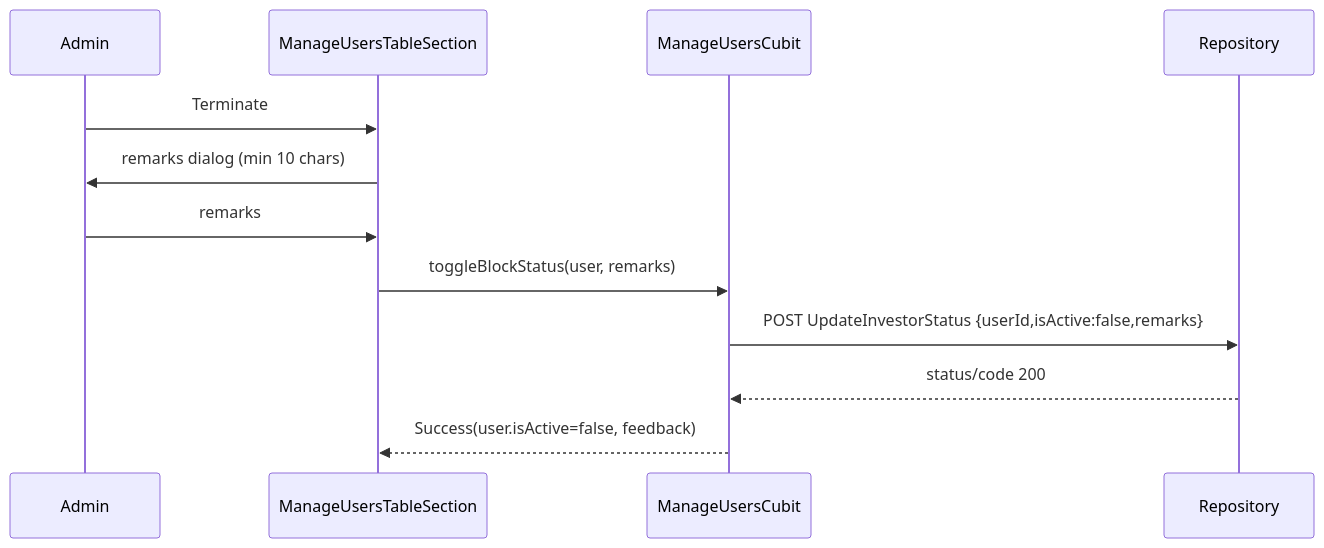
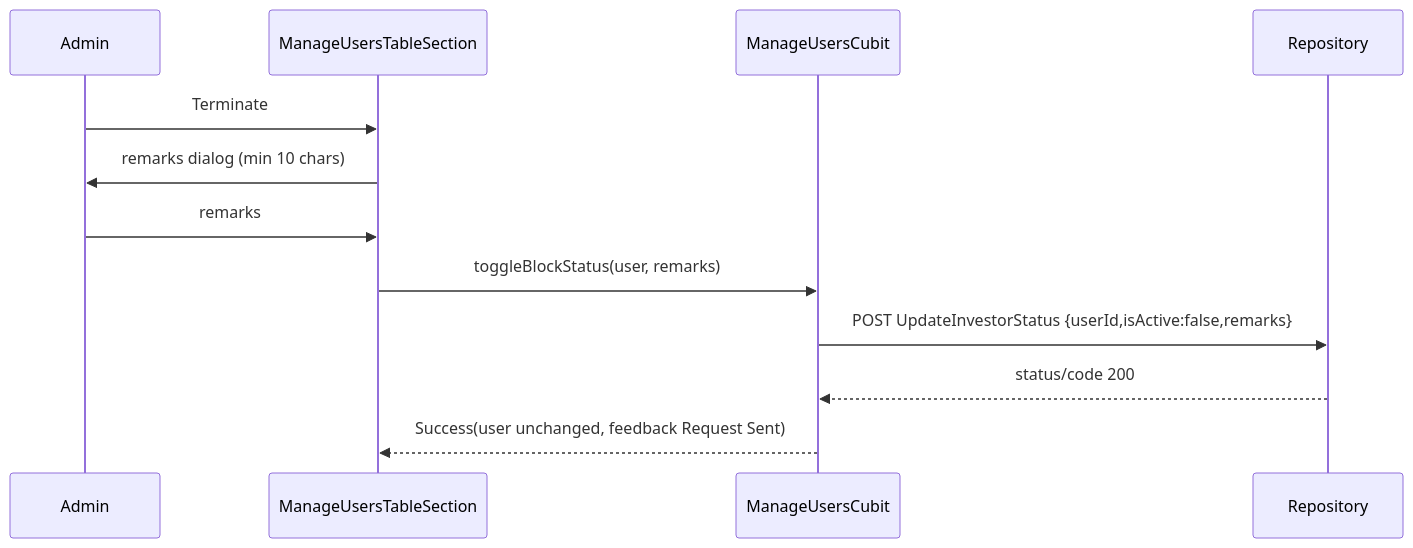
Before and after one commit to OditBizGit/InvestmentManagmnetApp: the first of 3 diagrams in docs/modules/ADMIN_USER_MANAGEMENT.md, drawn with Mermaid. The commit also changed other lines of this file and 44 other files, not shown here.

````diff
--- a/docs/modules/ADMIN_USER_MANAGEMENT.md
+++ b/docs/modules/ADMIN_USER_MANAGEMENT.md
@@ -117,14 +117,14 @@
 ```mermaid
 sequenceDiagram
  participant A as Admin
  participant T as ManageUsersTableSection
  participant C as ManageUsersCubit
  participant R as Repository
  A->>T: Terminate
  T->>A: remarks dialog (min 10 chars)
  A->>T: remarks
  T->>C: toggleBlockStatus(user, remarks)
  C->>R: POST UpdateInvestorStatus {userId,isActive:false,remarks}
  R-->>C: status/code 200
- C-->>T: Success(user.isActive=false, feedback)
+ C-->>T: Success(user unchanged, feedback Request Sent)
 ```
````
